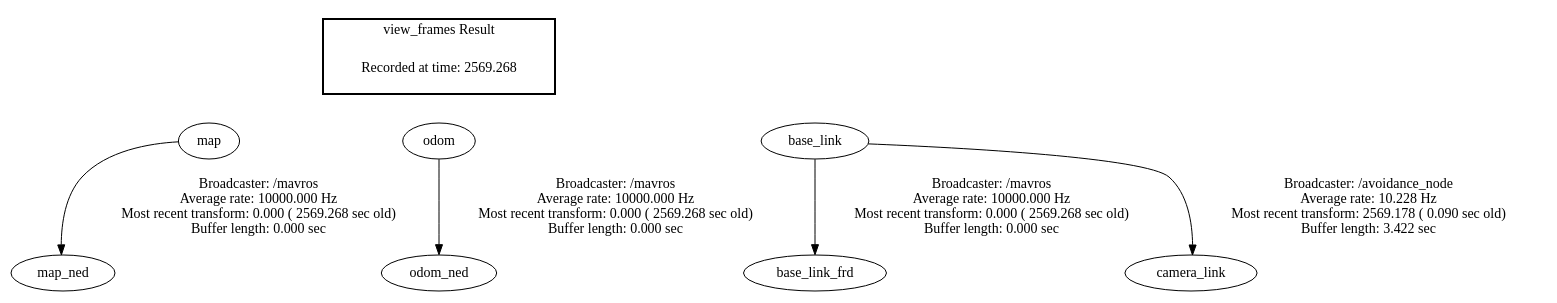
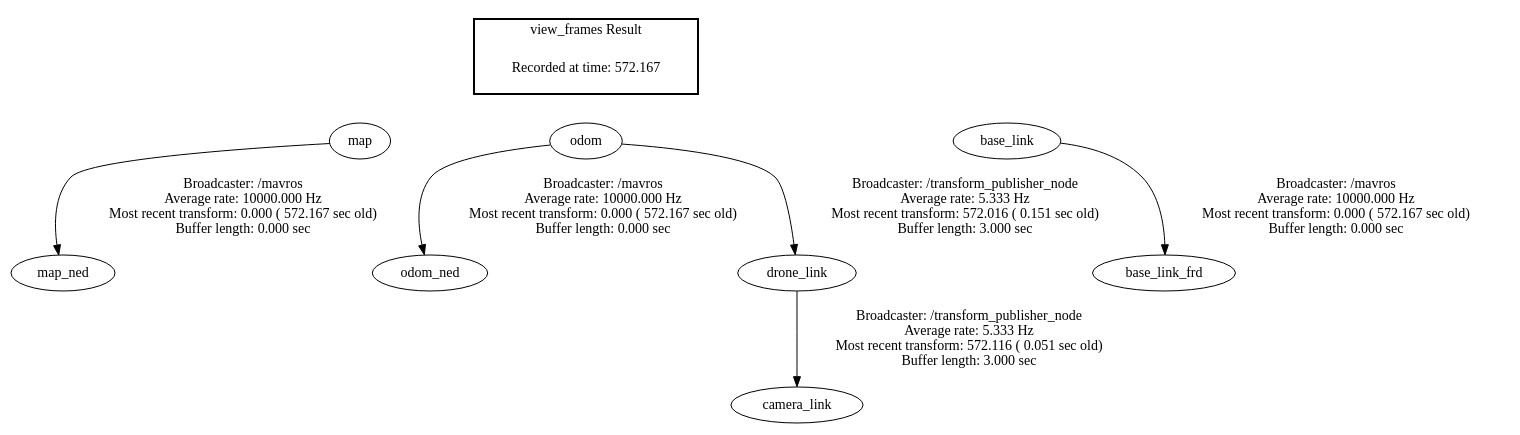
One commit to Qubi0-0/avoidance-system changed the diagram in frames.gv. Above: the diagram before and after it, drawn with Graphviz. The commit also changed 3 other files, not shown here.

```diff
--- a/frames.gv
+++ b/frames.gv
@@ -1,18 +1,19 @@
 digraph G {
-"map" -> "map_ned"[label="Broadcaster: /mavros\nAverage rate: 10000.000 Hz\nMost recent transform: 0.000 ( 2569.268 sec old)\nBuffer length: 0.000 sec\n"];
-"odom" -> "odom_ned"[label="Broadcaster: /mavros\nAverage rate: 10000.000 Hz\nMost recent transform: 0.000 ( 2569.268 sec old)\nBuffer length: 0.000 sec\n"];
-"base_link" -> "base_link_frd"[label="Broadcaster: /mavros\nAverage rate: 10000.000 Hz\nMost recent transform: 0.000 ( 2569.268 sec old)\nBuffer length: 0.000 sec\n"];
-"base_link" -> "camera_link"[label="Broadcaster: /avoidance_node\nAverage rate: 10.228 Hz\nMost recent transform: 2569.178 ( 0.090 sec old)\nBuffer length: 3.422 sec\n"];
+"map" -> "map_ned"[label="Broadcaster: /mavros\nAverage rate: 10000.000 Hz\nMost recent transform: 0.000 ( 572.167 sec old)\nBuffer length: 0.000 sec\n"];
+"odom" -> "odom_ned"[label="Broadcaster: /mavros\nAverage rate: 10000.000 Hz\nMost recent transform: 0.000 ( 572.167 sec old)\nBuffer length: 0.000 sec\n"];
+"base_link" -> "base_link_frd"[label="Broadcaster: /mavros\nAverage rate: 10000.000 Hz\nMost recent transform: 0.000 ( 572.167 sec old)\nBuffer length: 0.000 sec\n"];
+"odom" -> "drone_link"[label="Broadcaster: /transform_publisher_node\nAverage rate: 5.333 Hz\nMost recent transform: 572.016 ( 0.151 sec old)\nBuffer length: 3.000 sec\n"];
+"drone_link" -> "camera_link"[label="Broadcaster: /transform_publisher_node\nAverage rate: 5.333 Hz\nMost recent transform: 572.116 ( 0.051 sec old)\nBuffer length: 3.000 sec\n"];
 edge [style=invis];
  subgraph cluster_legend { style=bold; color=black; label ="view_frames Result";
-"Recorded at time: 2569.268"[ shape=plaintext ] ;
+"Recorded at time: 572.167"[ shape=plaintext ] ;
  }->"map";
 edge [style=invis];
  subgraph cluster_legend { style=bold; color=black; label ="view_frames Result";
-"Recorded at time: 2569.268"[ shape=plaintext ] ;
+"Recorded at time: 572.167"[ shape=plaintext ] ;
  }->"odom";
 edge [style=invis];
  subgraph cluster_legend { style=bold; color=black; label ="view_frames Result";
-"Recorded at time: 2569.268"[ shape=plaintext ] ;
+"Recorded at time: 572.167"[ shape=plaintext ] ;
  }->"base_link";
 }
```
